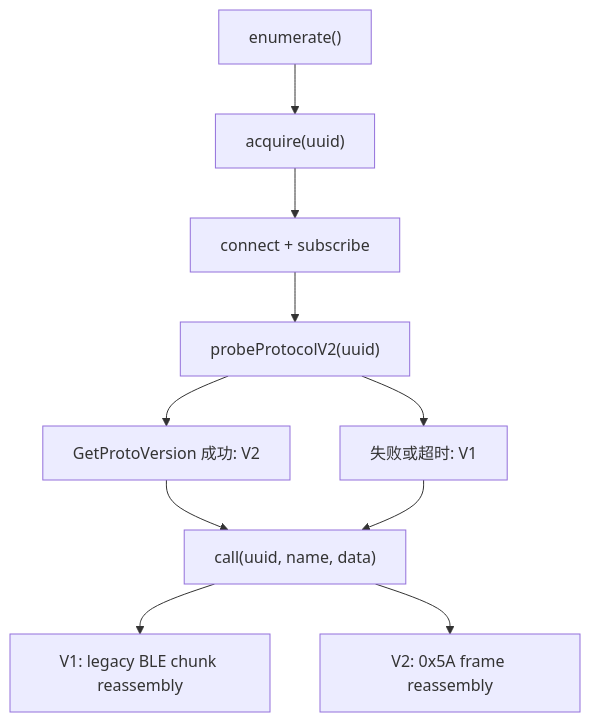
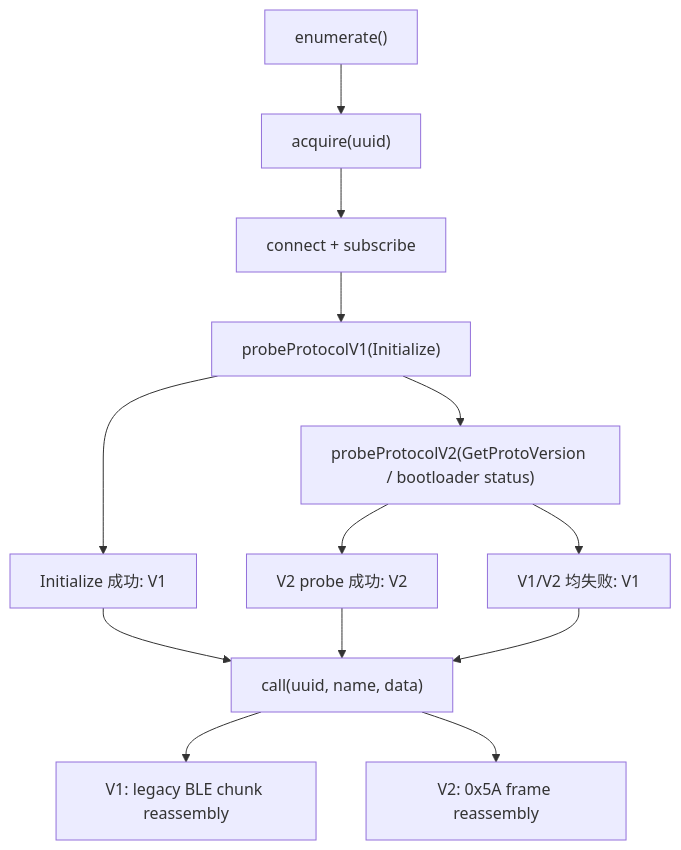
The second of 5 diagrams in docs/transport.md (OneKeyHQ/hardware-js-sdk), drawn with Mermaid before and after one commit. The commit also changed other lines of this file and 26 other files, not shown here.

````diff
--- a/docs/transport.md
+++ b/docs/transport.md
@@ -50,18 +54,22 @@
 ```mermaid
 flowchart TD
   Enumerate["enumerate()"]
   Acquire["acquire(uuid)"]
   Connect["connect + subscribe"]
-  Probe["probeProtocolV2(uuid)"]
-  V2["GetProtoVersion 成功: V2"]
-  V1["失败或超时: V1"]
+  ProbeV1["probeProtocolV1(Initialize)"]
+  V1["Initialize 成功: V1"]
+  ProbeV2["probeProtocolV2(GetProtoVersion / bootloader status)"]
+  V2["V2 probe 成功: V2"]
+  FallbackV1["V1/V2 均失败: V1"]
   Call["call(uuid, name, data)"]
   CallV1["V1: legacy BLE chunk reassembly"]
   CallV2["V2: 0x5A frame reassembly"]
 
-  Enumerate --> Acquire --> Connect --> Probe
-  Probe --> V2 --> Call
-  Probe --> V1 --> Call
+  Enumerate --> Acquire --> Connect --> ProbeV1
+  ProbeV1 --> V1 --> Call
+  ProbeV1 --> ProbeV2
+  ProbeV2 --> V2 --> Call
+  ProbeV2 --> FallbackV1 --> Call
   Call --> CallV1
   Call --> CallV2
 ```
````
